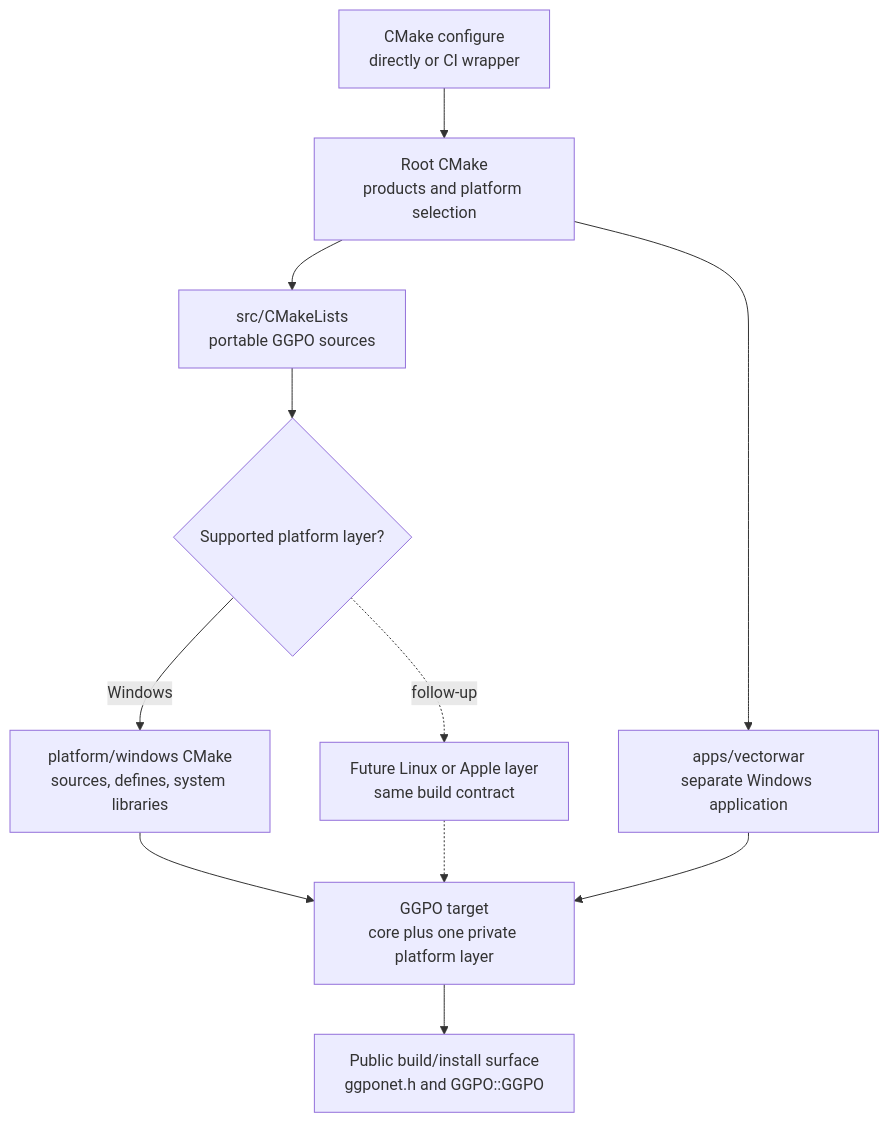
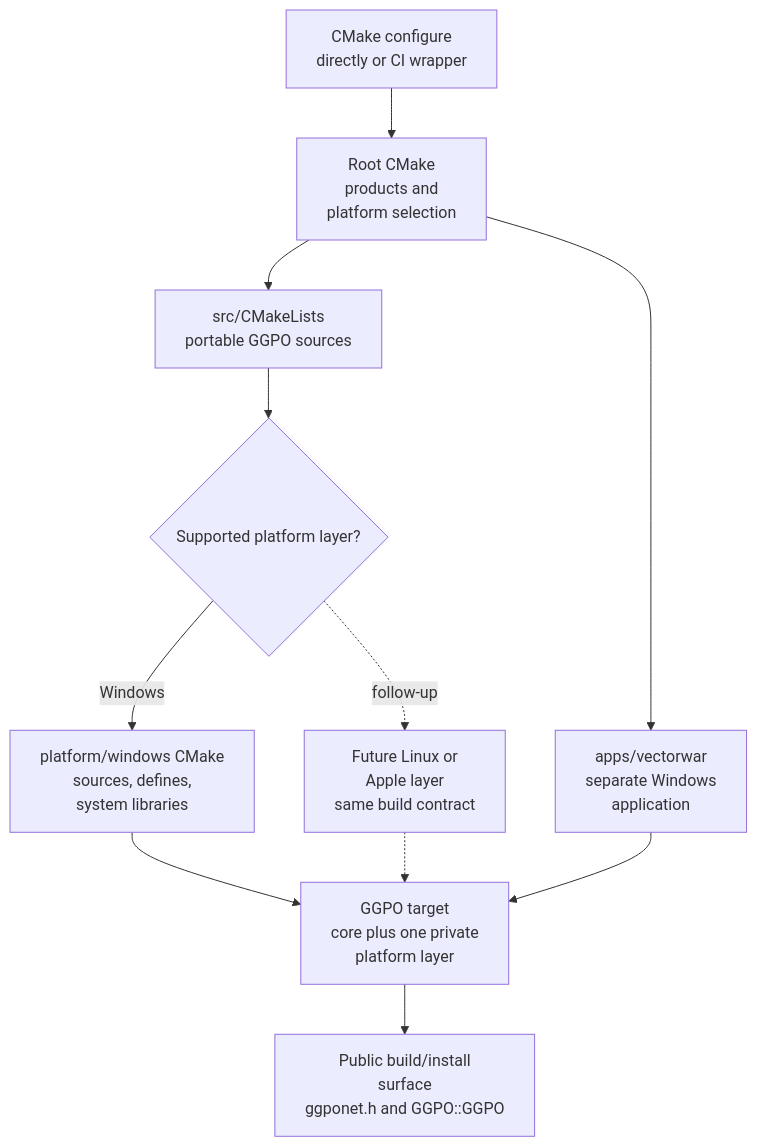
One commit to irregularthanis/ggpo-next changed the fourth of 5 diagrams in doc/planning/2026-11-06-platform_agnostic_core/TECH_PLAN.md. Above: the diagram before and after it, drawn with Mermaid. The commit also changed other lines of this file and 9 other files, not shown here.

Commit message:
docs: wrap Mermaid diagram labels

````diff
--- a/doc/planning/2026-11-06-platform_agnostic_core/TECH_PLAN.md
+++ b/doc/planning/2026-11-06-platform_agnostic_core/TECH_PLAN.md
@@ -291,18 +291,18 @@
 ```mermaid
 flowchart TD
     Entry["CMake configure<br/>directly or CI wrapper"]
-    Root["Root CMake<br/>products and platform selection"]
+    Root["Root CMake<br/>products and<br/>platform selection"]
     Core["src/CMakeLists<br/>portable GGPO sources"]
     Select{"Supported platform layer?"}
-    Win["platform/windows CMake<br/>sources, defines, system libraries"]
-    Future["Future Linux or Apple layer<br/>same build contract"]
-    Target["GGPO target<br/>core plus one private platform layer"]
-    Public["Public build/install surface<br/>ggponet.h and GGPO::GGPO"]
-    Sample["apps/vectorwar<br/>separate Windows application"]
+    Win["platform/windows CMake<br/>sources, defines,<br/>system libraries"]
+    Future["Future Linux or<br/>Apple layer<br/>same build contract"]
+    Target["GGPO target<br/>core plus one private<br/>platform layer"]
+    Public["Public build/install<br/>surface<br/>ggponet.h and GGPO::GGPO"]
+    Sample["apps/vectorwar<br/>separate Windows<br/>application"]
 
     Entry --> Root --> Core --> Select
     Select -->|"Windows"| Win --> Target --> Public
     Select -.->|"follow-up"| Future -.-> Target
     Root --> Sample
     Sample --> Target
 ```
````
